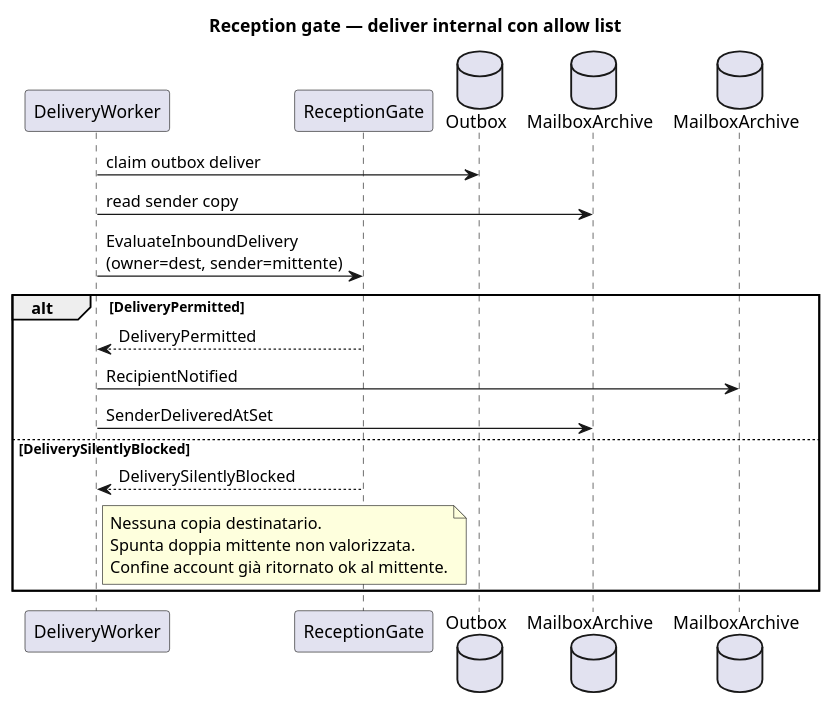
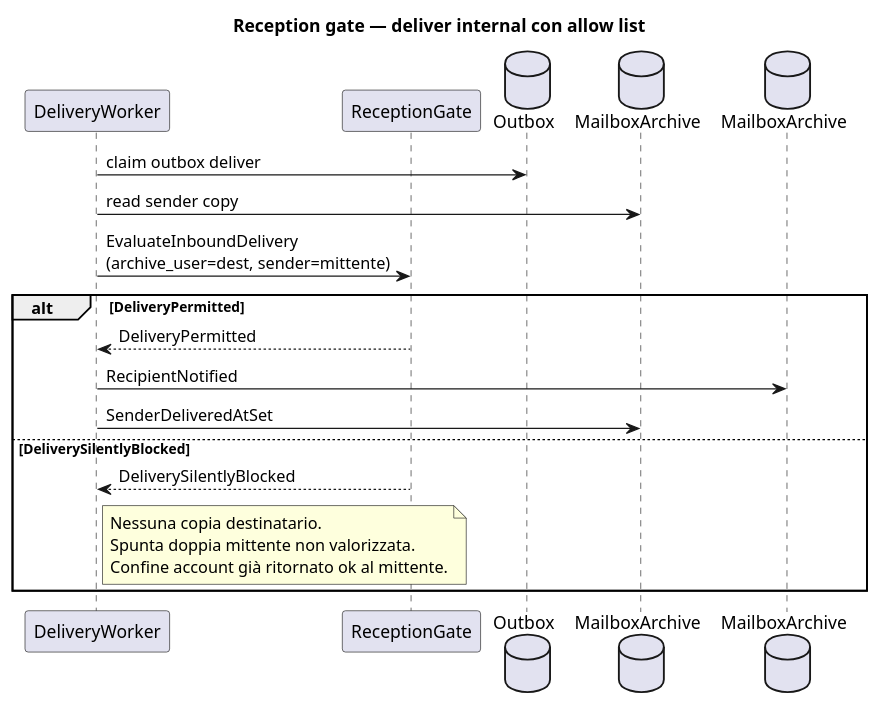
One commit to alfred-im/alfred-im changed the diagram in docs/model/uml/delivery/seq-reception-gate.puml. Above: the diagram before and after it, drawn with PlantUML. The commit also changed 200 other files, not shown here.

```diff
--- a/docs/model/uml/delivery/seq-reception-gate.puml
+++ b/docs/model/uml/delivery/seq-reception-gate.puml
@@ -1,32 +1,32 @@
 @startuml seq-reception-gate
 ' Context: delivery + reception
 ' Profile: platform
 ' SDD: SYS-RECEPTION-005–010
 ' Revision: 2026-07-27
 
 title Reception gate — deliver internal con allow list
 
 participant "DeliveryWorker" as DW
 participant "ReceptionGate" as GATE
 database "Outbox" as OB
 database "MailboxArchive" as SM
 database "MailboxArchive" as DM
 
 DW -> OB : claim outbox deliver
 DW -> SM : read sender copy
-DW -> GATE : EvaluateInboundDelivery\n(owner=dest, sender=mittente)
+DW -> GATE : EvaluateInboundDelivery\n(archive_user=dest, sender=mittente)
 
 alt DeliveryPermitted
   GATE --> DW : DeliveryPermitted
   DW -> DM : RecipientNotified
   DW -> SM : SenderDeliveredAtSet
 else DeliverySilentlyBlocked
   GATE --> DW : DeliverySilentlyBlocked
   note right of DW
     Nessuna copia destinatario.
     Spunta doppia mittente non valorizzata.
     Confine account già ritornato ok al mittente.
   end note
 end
 
 @enduml
```
